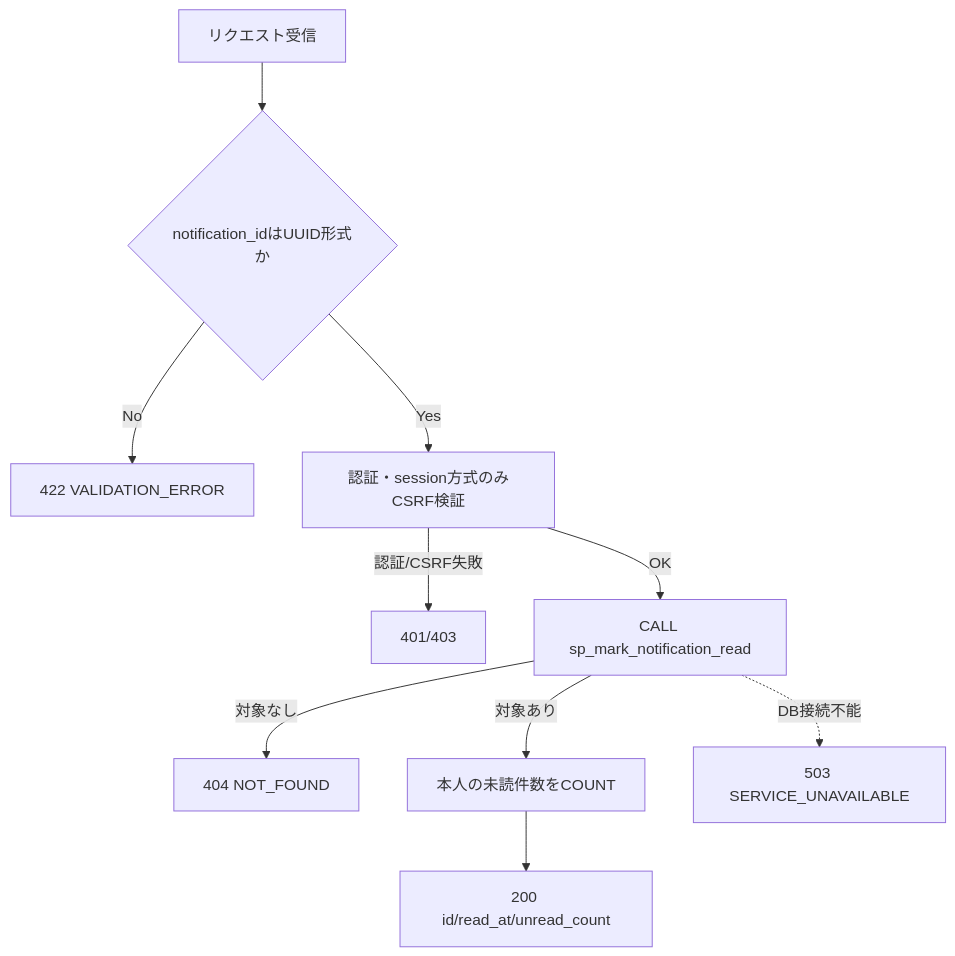
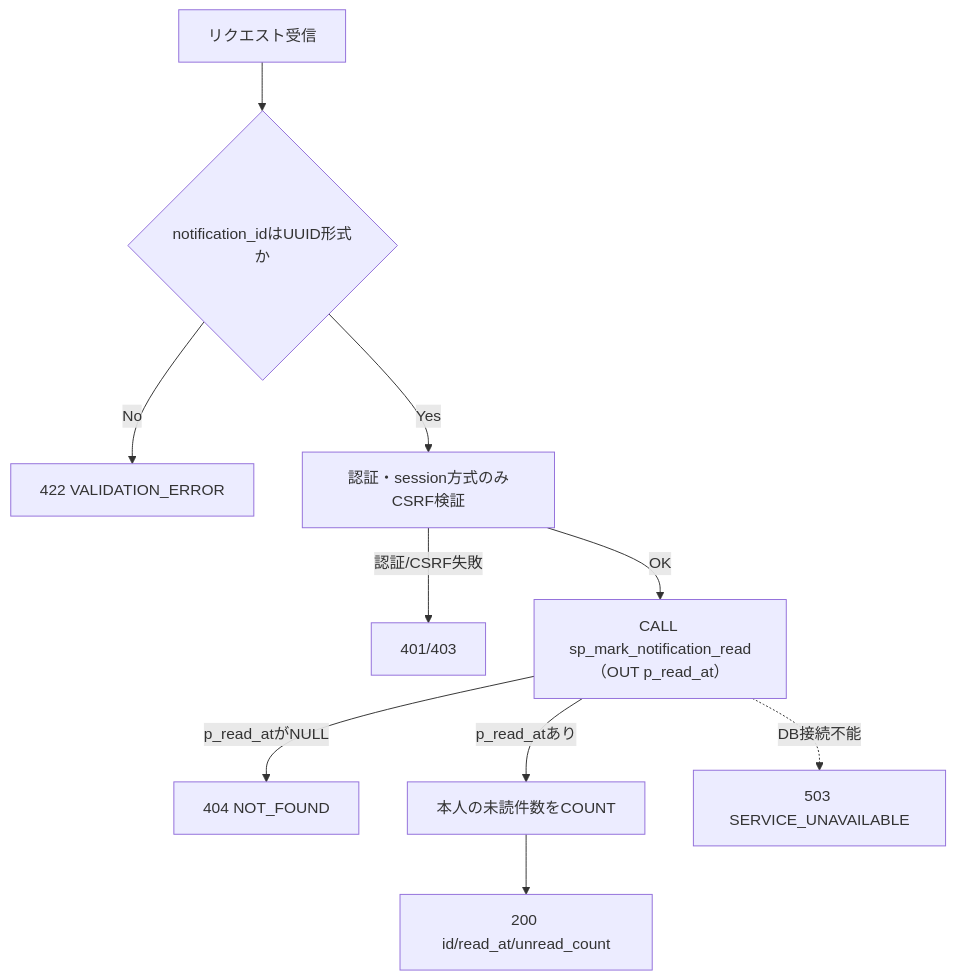
Before and after one commit to oikawa-d/task_management: the second of 4 diagrams in docs/detailed_design/api/notifications/03_patch_notification_read.md, drawn with Mermaid. The commit also changed other lines of this file and 10 other files, not shown here.

````diff
--- a/docs/detailed_design/api/notifications/03_patch_notification_read.md
+++ b/docs/detailed_design/api/notifications/03_patch_notification_read.md
@@ -125,12 +125,12 @@
 ```mermaid
 flowchart TB
     A["リクエスト受信"] --> B{"notification_idはUUID形式か"}
     B -->|No| E1["422 VALIDATION_ERROR"]
     B -->|Yes| C["認証・session方式のみCSRF検証"]
     C -->|認証/CSRF失敗| E2["401/403"]
-    C -->|OK| D["CALL sp_mark_notification_read"]
-    D -->|対象なし| E3["404 NOT_FOUND"]
-    D -->|対象あり| F["本人の未読件数をCOUNT"]
+    C -->|OK| D["CALL sp_mark_notification_read（OUT p_read_at）"]
+    D -->|p_read_atがNULL| E3["404 NOT_FOUND"]
+    D -->|p_read_atあり| F["本人の未読件数をCOUNT"]
     F --> G["200 id/read_at/unread_count"]
     D -.->|DB接続不能| E4["503 SERVICE_UNAVAILABLE"]
 ```
````
